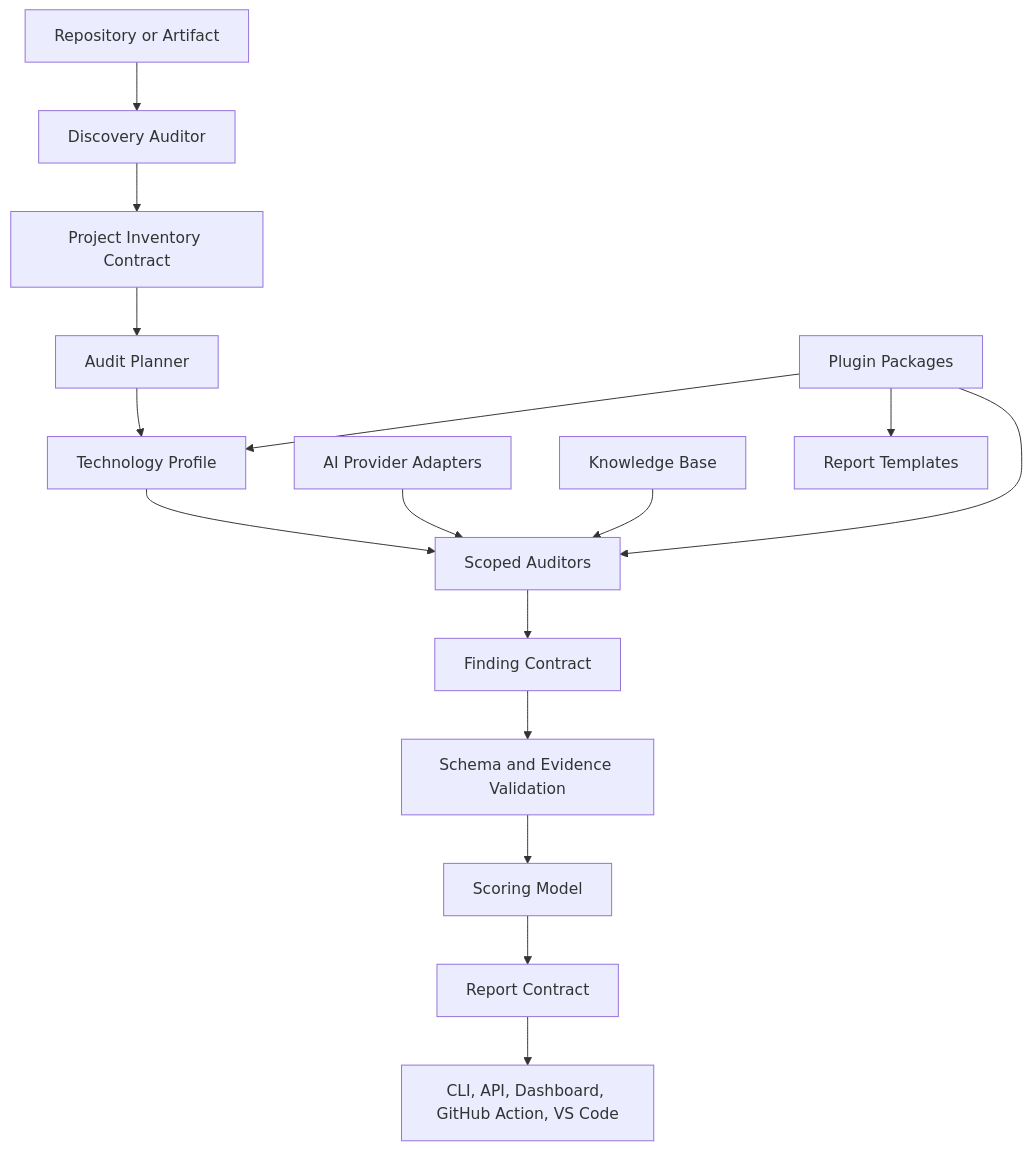
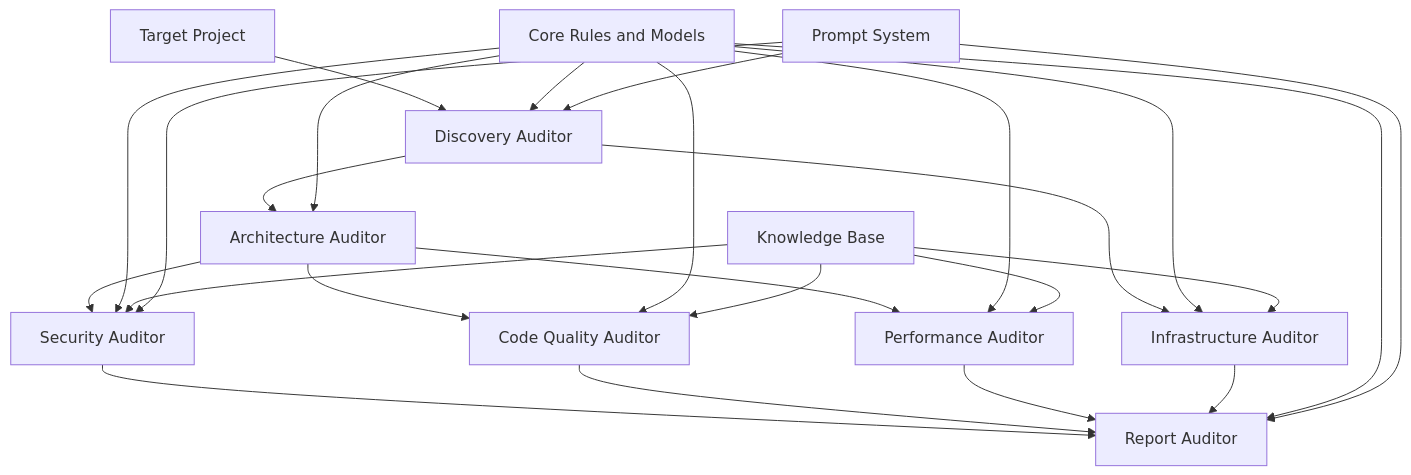
One commit to TalissonDeevv/application-audit-framework changed the first of 2 diagrams in README.md. Above: the diagram before and after it, drawn with Mermaid. The commit also changed other lines of this file, not shown here.

````diff
--- a/README.md
+++ b/README.md
@@ -146,18 +185,27 @@
 ```mermaid
 flowchart TD
-    Source["Repository or Artifact"] --> Discovery["Discovery Auditor"]
-    Discovery --> Inventory["Project Inventory Contract"]
-    Inventory --> Planner["Audit Planner"]
-    Planner --> Profile["Technology Profile"]
-    Profile --> Scoped["Scoped Auditors"]
-    Scoped --> Findings["Finding Contract"]
-    Findings --> Validation["Schema and Evidence Validation"]
-    Validation --> Scoring["Scoring Model"]
-    Scoring --> Report["Report Contract"]
-    Report --> Surfaces["CLI, API, Dashboard, GitHub Action, VS Code"]
-    Models["AI Provider Adapters"] --> Scoped
-    Knowledge["Knowledge Base"] --> Scoped
-    Plugins["Plugin Packages"] --> Profile
-    Plugins --> Scoped
-    Plugins --> Templates["Report Templates"]
+    Project["Target Project"] --> Discovery["Discovery Auditor"]
+    Discovery --> Architecture["Architecture Auditor"]
+    Architecture --> Security["Security Auditor"]
+    Architecture --> Quality["Code Quality Auditor"]
+    Architecture --> Performance["Performance Auditor"]
+    Discovery --> Infrastructure["Infrastructure Auditor"]
+    Security --> Report["Report Auditor"]
+    Quality --> Report
+    Performance --> Report
+    Infrastructure --> Report
+    Core["Core Rules and Models"] --> Discovery
+    Core --> Architecture
+    Core --> Security
+    Core --> Quality
+    Core --> Performance
+    Core --> Infrastructure
+    Core --> Report
+    Knowledge["Knowledge Base"] --> Security
+    Knowledge --> Quality
+    Knowledge --> Performance
+    Knowledge --> Infrastructure
+    Prompts["Prompt System"] --> Discovery
+    Prompts --> Security
+    Prompts --> Report
 ```
````
